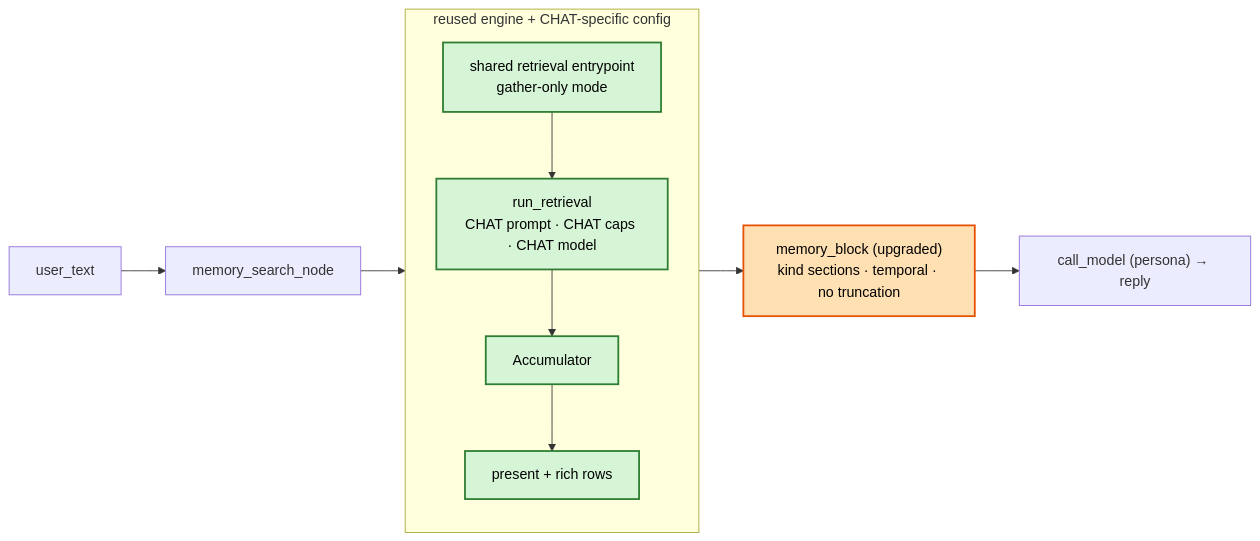
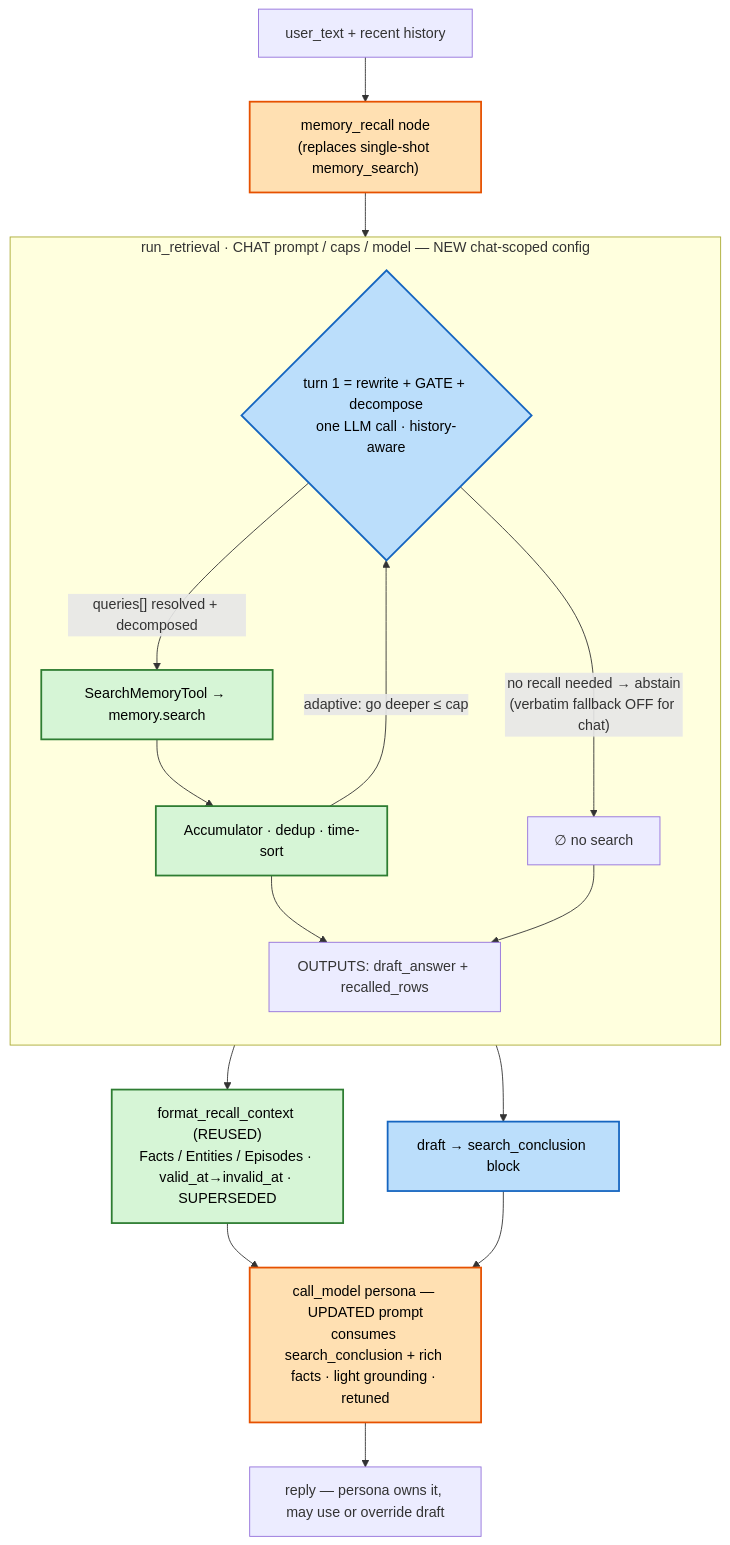
One commit to hiro-league/hiroleague changed the second of 2 diagrams in docs/memory-eval-vs-chat-parity.md. Above: the diagram before and after it, drawn with Mermaid. The commit also changed other lines of this file and 51 other files, not shown here.

Commit message:
chat memory ingestion

````diff
--- a/docs/memory-eval-vs-chat-parity.md
+++ b/docs/memory-eval-vs-chat-parity.md
@@ -80,19 +99,27 @@
 ```mermaid
-flowchart LR
-    CU["user_text"] --> MSN["memory_search_node"]
-    MSN --> ENTRY["shared retrieval entrypoint<br/>gather-only mode"]
-    subgraph NEW["reused engine + CHAT-specific config"]
+flowchart TB
+    IN["user_text + recent history"] --> RECALL["memory_recall node<br/>(replaces single-shot memory_search)"]
+    RECALL --> LOOP
+    subgraph LOOP["run_retrieval · CHAT prompt / caps / model — NEW chat-scoped config"]
         direction TB
-        ENTRY --> LOOP2["run_retrieval<br/>CHAT prompt · CHAT caps · CHAT model"]
-        LOOP2 --> ACC2["Accumulator"]
-        ACC2 --> PRES2["present + rich rows"]
+        T1{"turn 1 = rewrite + GATE + decompose<br/>one LLM call · history-aware"}
+        T1 -->|"no recall needed → abstain<br/>(verbatim fallback OFF for chat)"| EMPTY["∅ no search"]
+        T1 -->|"queries[] resolved + decomposed"| SMT["SearchMemoryTool → memory.search"]
+        SMT --> ACC["Accumulator · dedup · time-sort"]
+        ACC -->|"adaptive: go deeper ≤ cap"| T1
+        ACC --> OUT["OUTPUTS: draft_answer + recalled_rows"]
+        EMPTY --> OUT
     end
-    PRES2 --> MB2["memory_block (upgraded)<br/>kind sections · temporal · no truncation"]
-    MB2 --> PERSONA2["call_model (persona) → reply"]
+    OUT --> REND["format_recall_context (REUSED)<br/>Facts / Entities / Episodes · valid_at→invalid_at · SUPERSEDED"]
+    OUT --> DR["draft → search_conclusion block"]
+    REND --> CM["call_model persona — UPDATED prompt<br/>consumes search_conclusion + rich facts · light grounding · retuned"]
+    DR --> CM
+    CM --> REPLY["reply — persona owns it, may use or override draft"]
 
     classDef reuse fill:#d6f5d6,stroke:#2e7d32,stroke-width:2px,color:#000;
     classDef newcfg fill:#bbdefb,stroke:#1565c0,stroke-width:2px,color:#000;
     classDef insert fill:#ffe0b2,stroke:#e65100,stroke-width:2px,color:#000;
-    class LOOP2,ACC2,PRES2,ENTRY reuse;
-    class MB2 insert;
+    class SMT,ACC,REND reuse;
+    class T1,DR newcfg;
+    class RECALL,CM insert;
 ```
````
